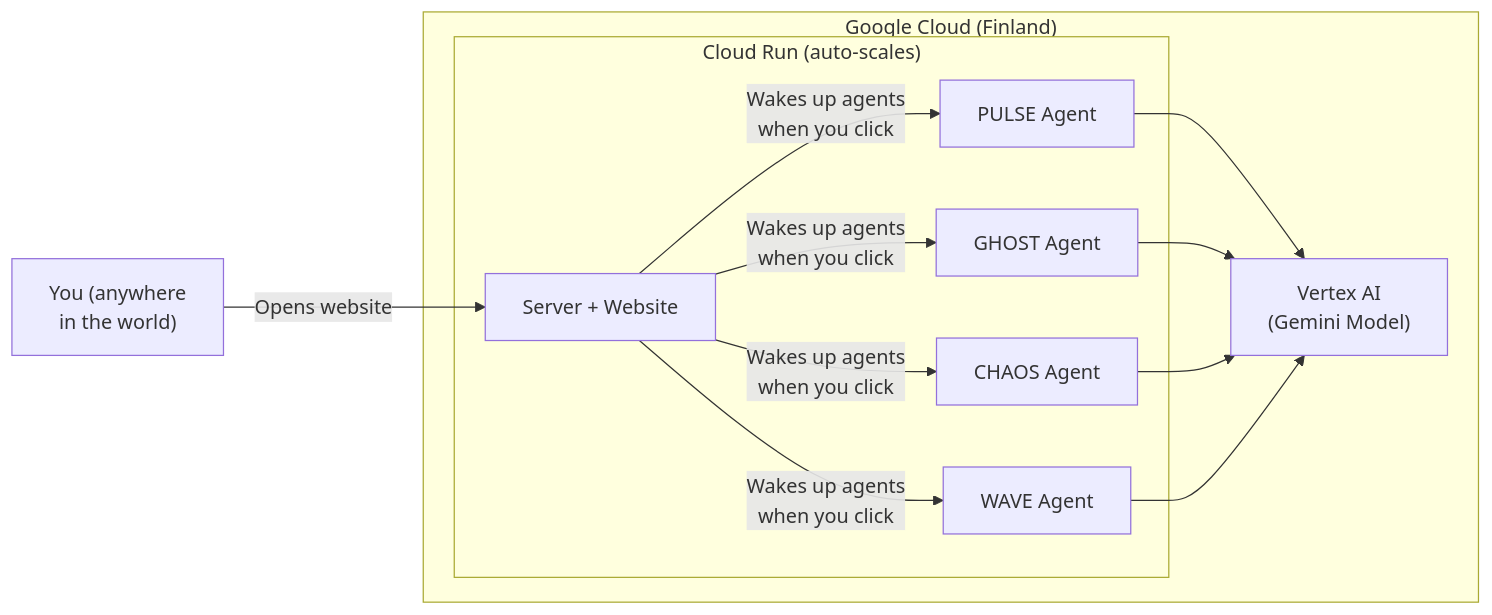
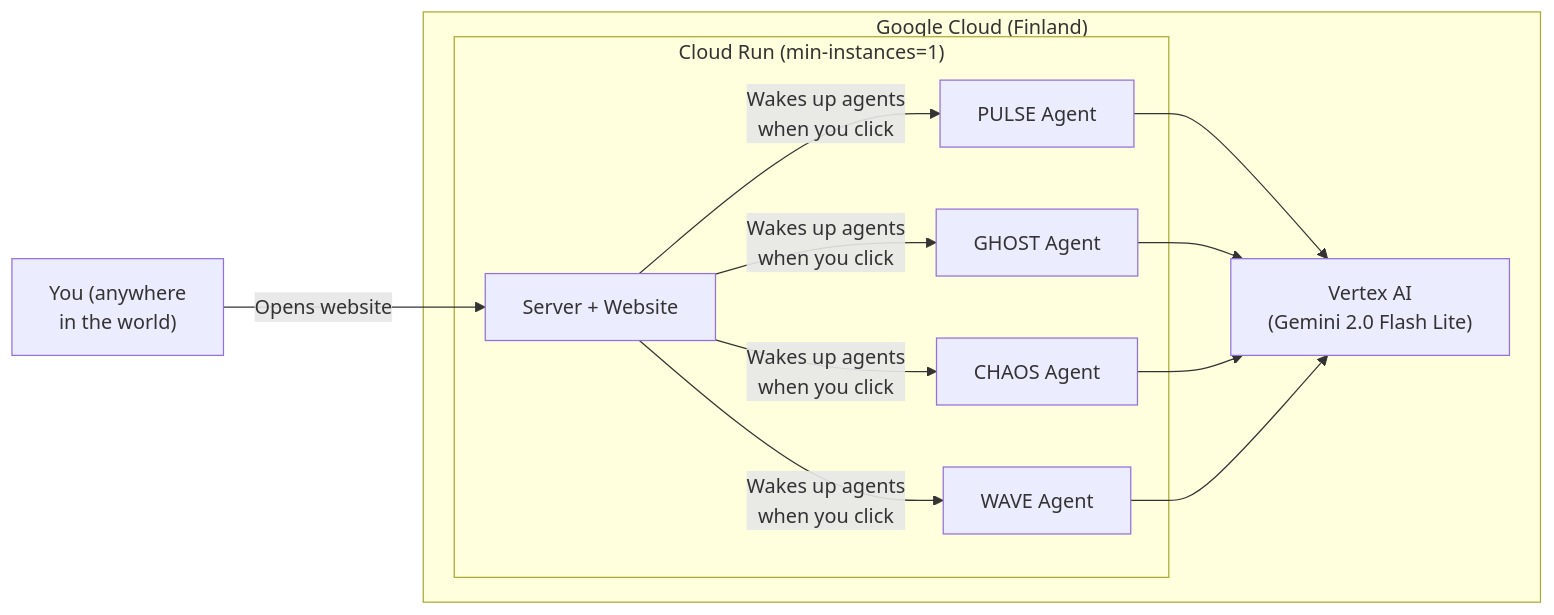
One commit to epiminds-music-agents/live-jam-space changed the sixth of 7 diagrams in ARCHITECTURE.md. Above: the diagram before and after it, drawn with Mermaid. The commit also changed other lines of this file, not shown here.

First line of the commit message:
Update ARCHITECTURE.md to reflect current implementation

````diff
--- a/ARCHITECTURE.md
+++ b/ARCHITECTURE.md
@@ -183,23 +184,23 @@
 ```mermaid
 graph LR
     subgraph "Google Cloud (Finland)"
-        subgraph "Cloud Run (auto-scales)"
+        subgraph "Cloud Run (min-instances=1)"
             S["Server + Website"]
             A1["PULSE Agent"]
             A2["GHOST Agent"]
             A3["CHAOS Agent"]
             A4["WAVE Agent"]
         end
-        GEMINI["Vertex AI<br/>(Gemini Model)"]
+        GEMINI["Vertex AI<br/>(Gemini 2.0 Flash Lite)"]
         A1 --> GEMINI
         A2 --> GEMINI
         A3 --> GEMINI
         A4 --> GEMINI
     end
 
     YOU["You (anywhere<br/>in the world)"] -->|"Opens website"| S
     S -->|"Wakes up agents<br/>when you click"| A1
     S -->|"Wakes up agents<br/>when you click"| A2
     S -->|"Wakes up agents<br/>when you click"| A3
     S -->|"Wakes up agents<br/>when you click"| A4
 ```
````
